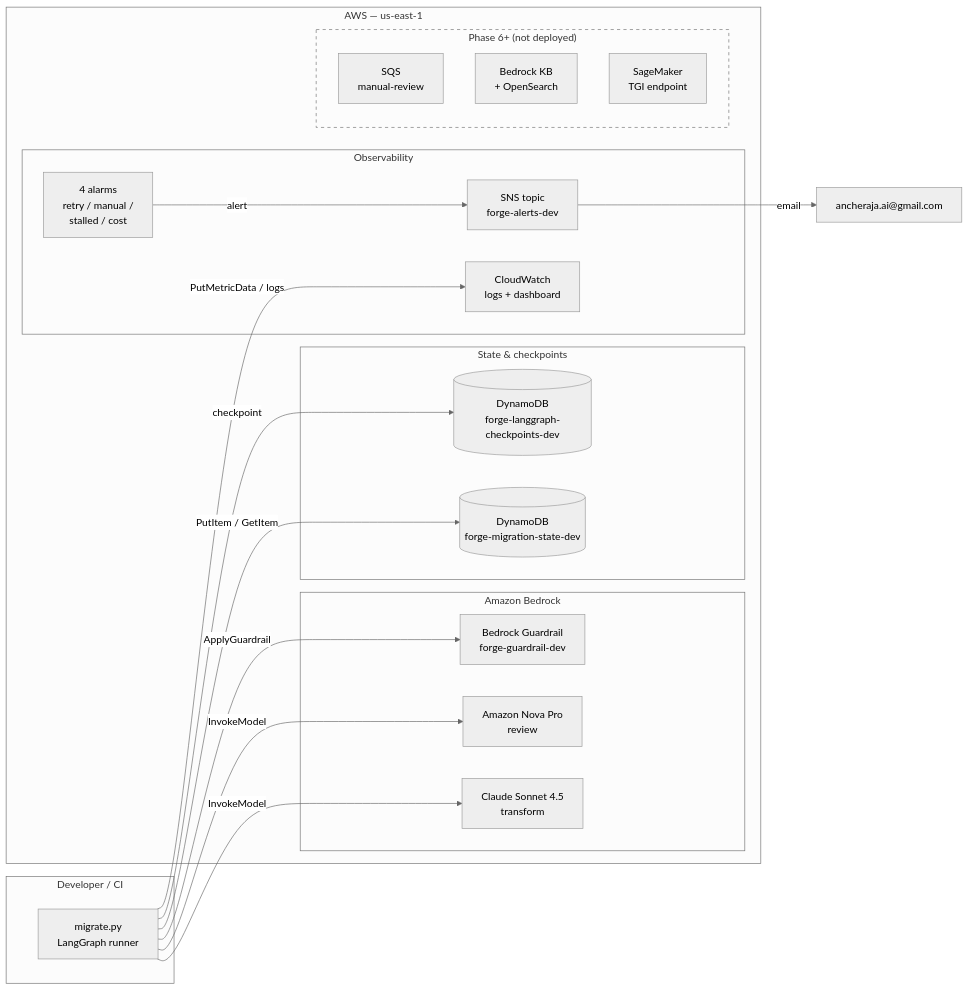
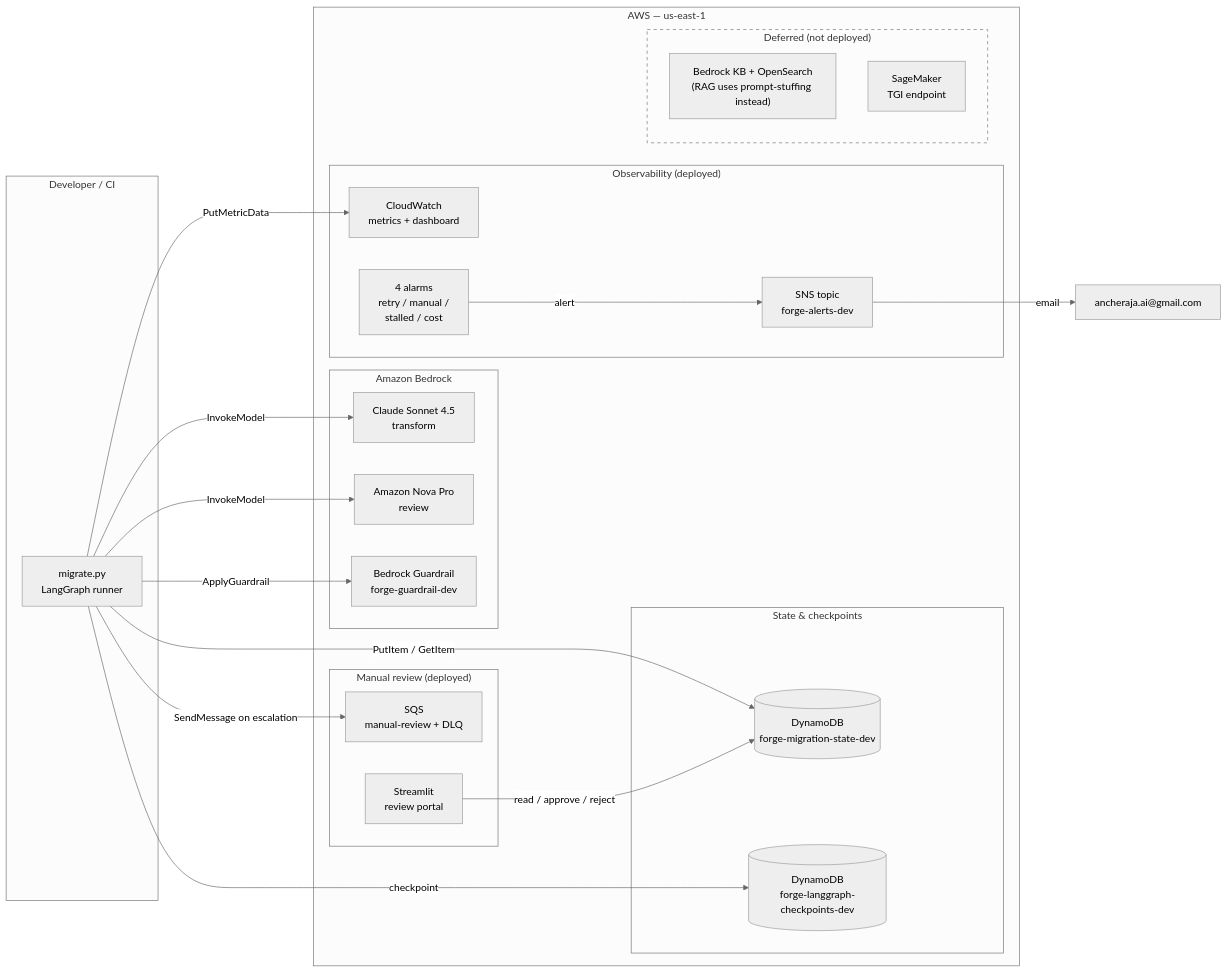
One commit to anche-raja/forge-platform changed the first of 2 diagrams in README.md. Above: the diagram before and after it, drawn with Mermaid (neutral theme). The commit also changed other lines of this file and 1 other file, not shown here.

First line of the commit message:
docs: reconcile architecture docs with the cheap-cloud-buildout

````diff
--- a/README.md
+++ b/README.md
@@ -9,42 +9,48 @@
 ```mermaid
 flowchart LR
     subgraph Client["Developer / CI"]
         CLI["migrate.py<br/>LangGraph runner"]
     end
 
     subgraph AWS["AWS — us-east-1"]
         subgraph Bedrock["Amazon Bedrock"]
             CLAUDE["Claude Sonnet 4.5<br/>transform"]
             NOVA["Amazon Nova Pro<br/>review"]
             GR["Bedrock Guardrail<br/>forge-guardrail-dev"]
         end
 
         subgraph State["State & checkpoints"]
             DDB1[("DynamoDB<br/>forge-migration-state-dev")]
             DDB2[("DynamoDB<br/>forge-langgraph-checkpoints-dev")]
         end
 
-        subgraph Obs["Observability"]
-            CW["CloudWatch<br/>logs + dashboard"]
+        subgraph Obs["Observability (deployed)"]
+            CW["CloudWatch<br/>metrics + dashboard"]
             SNS["SNS topic<br/>forge-alerts-dev"]
             ALARMS["4 alarms<br/>retry / manual /<br/>stalled / cost"]
         end
 
-        subgraph Phase6["Phase 6+ (not deployed)"]
-            SQS["SQS<br/>manual-review"]
-            KB["Bedrock KB<br/>+ OpenSearch"]
+        subgraph Review["Manual review (deployed)"]
+            SQS["SQS<br/>manual-review + DLQ"]
+            PORTAL["Streamlit<br/>review portal"]
+        end
+
+        subgraph Deferred["Deferred (not deployed)"]
+            KB["Bedrock KB + OpenSearch<br/>(RAG uses prompt-stuffing instead)"]
             SM["SageMaker<br/>TGI endpoint"]
         end
     end
 
     CLI -->|InvokeModel| CLAUDE
     CLI -->|InvokeModel| NOVA
     CLI -->|ApplyGuardrail| GR
     CLI -->|PutItem / GetItem| DDB1
     CLI -->|checkpoint| DDB2
-    CLI -->|PutMetricData / logs| CW
+    CLI -->|PutMetricData| CW
+    CLI -->|SendMessage on escalation| SQS
+    PORTAL -->|read / approve / reject| DDB1
     ALARMS -->|alert| SNS
     SNS -->|email| USER["ancheraja.ai@gmail.com"]
 
-    style Phase6 stroke-dasharray: 5 5
+    style Deferred stroke-dasharray: 5 5
 ```
````
